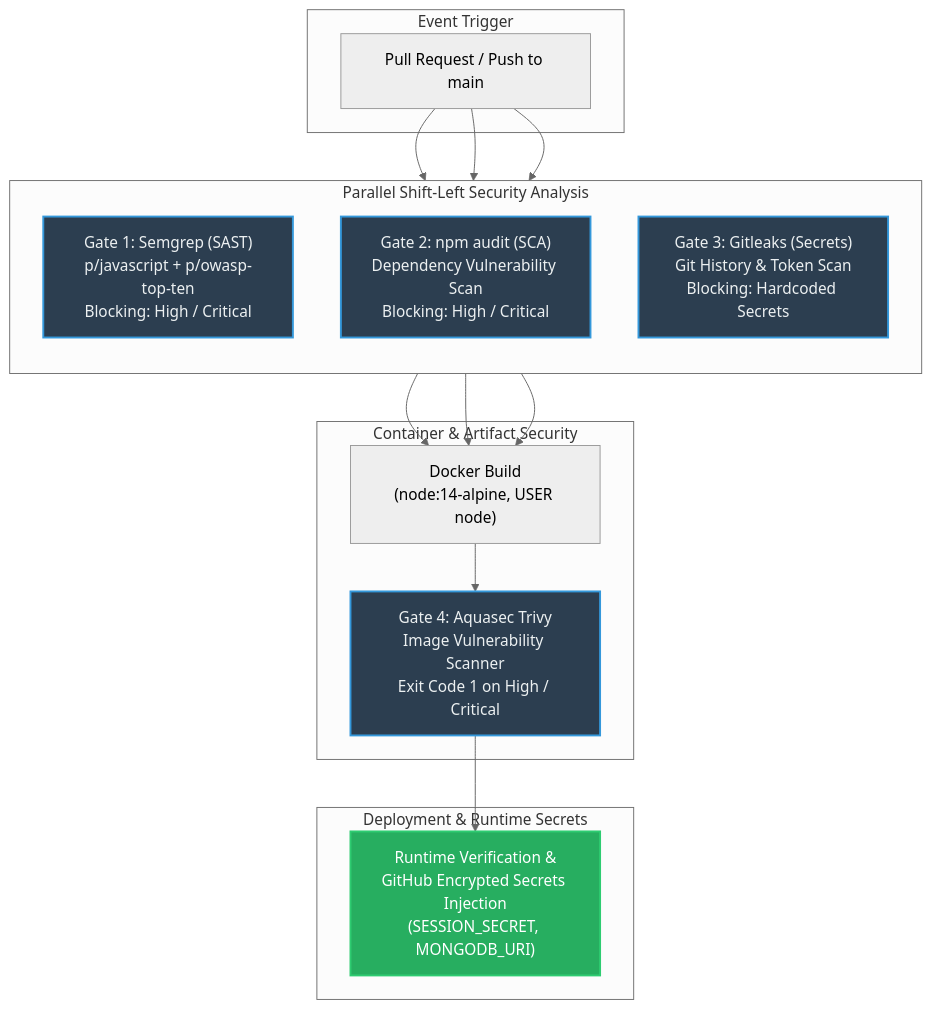
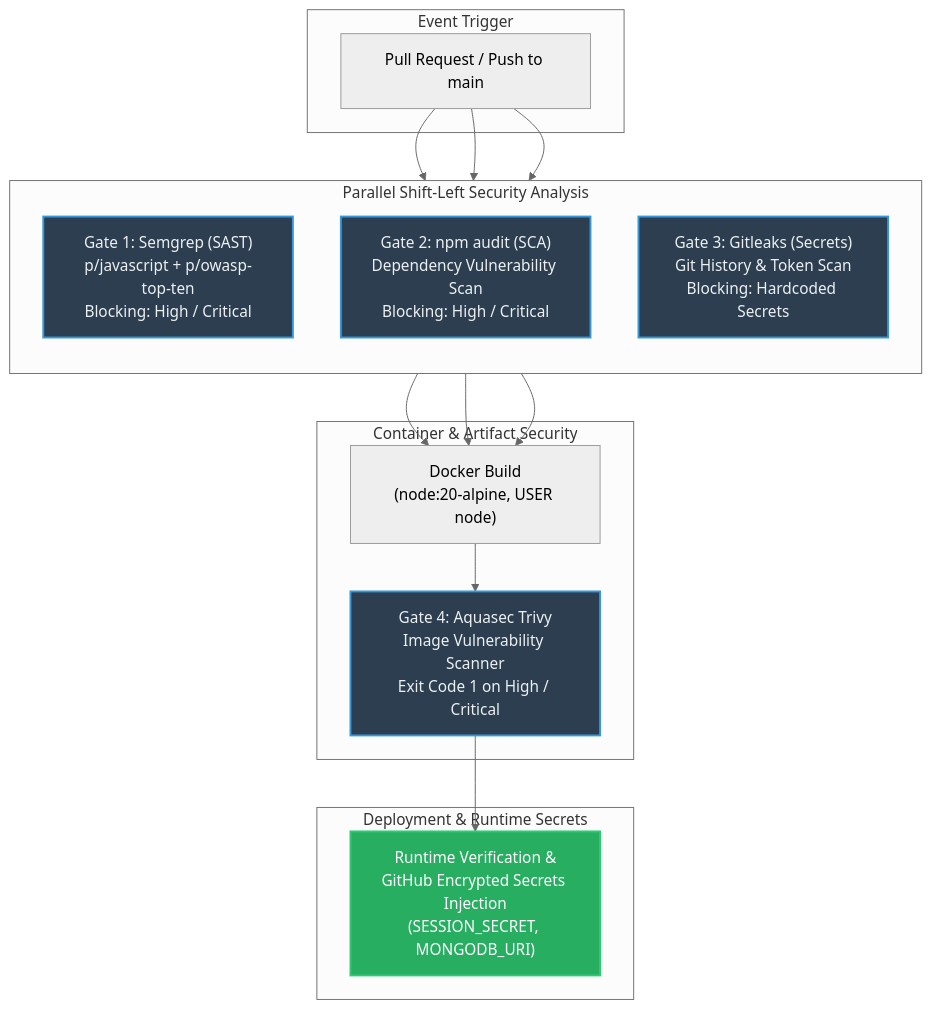
One commit to sacreations/IE3142-DevSecOps-Project changed the diagram in docs/cicd-pipeline.md. Above: the diagram before and after it, drawn with Mermaid (neutral theme). The commit also changed other lines of this file and 5 other files, not shown here.

````diff
--- a/docs/cicd-pipeline.md
+++ b/docs/cicd-pipeline.md
@@ -17,38 +17,38 @@
 ```mermaid
 flowchart TD
     subgraph Trigger [Event Trigger]
         PR["Pull Request / Push to main"]
     end
 
     subgraph Parallel_Security_Gates [Parallel Shift-Left Security Analysis]
         direction TB
         Gate1["Gate 1: Semgrep (SAST)\np/javascript + p/owasp-top-ten\nBlocking: High / Critical"]
         Gate2["Gate 2: npm audit (SCA)\nDependency Vulnerability Scan\nBlocking: High / Critical"]
         Gate3["Gate 3: Gitleaks (Secrets)\nGit History & Token Scan\nBlocking: Hardcoded Secrets"]
     end
 
     subgraph Container_Gate [Container & Artifact Security]
-        Build["Docker Build\n(node:14-alpine, USER node)"]
+        Build["Docker Build\n(node:20-alpine, USER node)"]
         Gate4["Gate 4: Aquasec Trivy\nImage Vulnerability Scanner\nExit Code 1 on High / Critical"]
     end
 
     subgraph Deployment [Deployment & Runtime Secrets]
         Deploy["Runtime Verification &\nGitHub Encrypted Secrets Injection\n(SESSION_SECRET, MONGODB_URI)"]
     end
 
     PR --> Gate1
     PR --> Gate2
     PR --> Gate3
 
     Gate1 --> Build
     Gate2 --> Build
     Gate3 --> Build
     Build --> Gate4
     Gate4 --> Deploy
 
     classDef gate fill:#2c3e50,stroke:#3498db,stroke-width:2px,color:#ecf0f1;
     classDef block fill:#c0392b,stroke:#e74c3c,stroke-width:2px,color:#fff;
     classDef pass fill:#27ae60,stroke:#2ecc71,stroke-width:2px,color:#fff;
     class Gate1,Gate2,Gate3,Gate4 gate;
     class Deploy pass;
 ```
````
